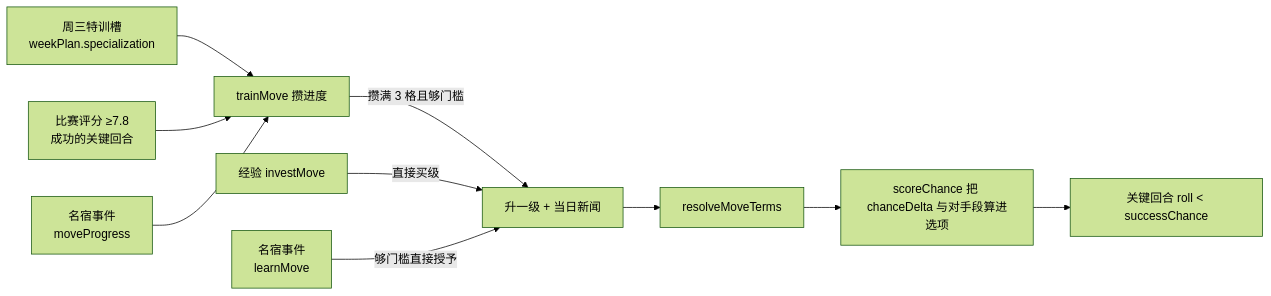
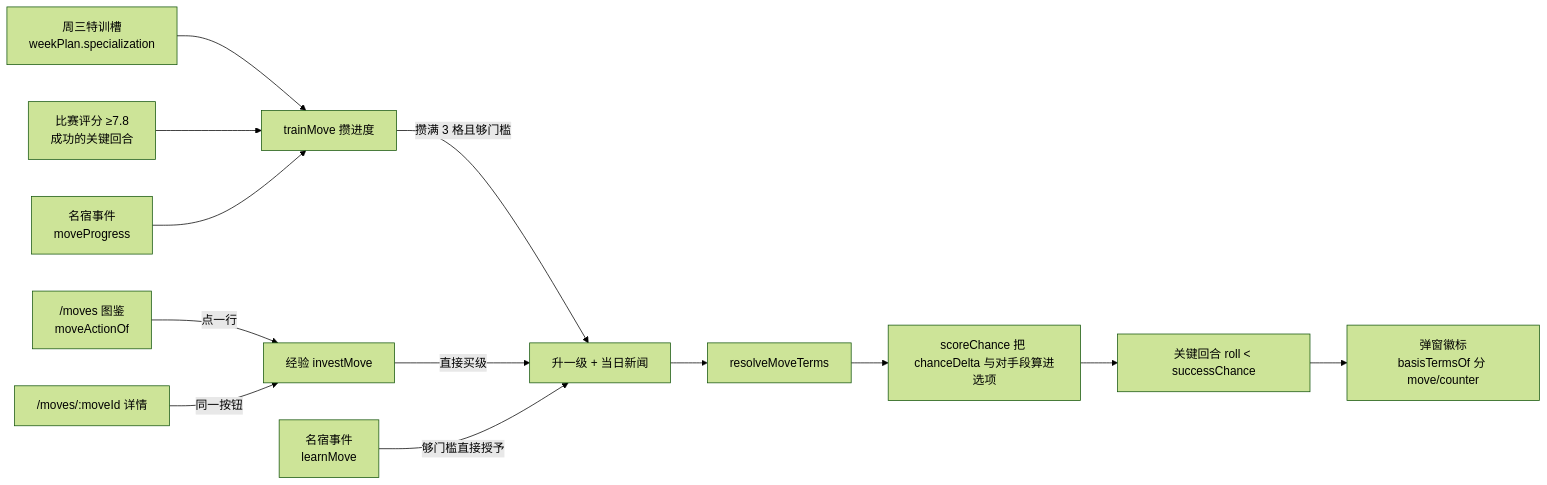
One commit to Roulandu/rpg_life_game changed the first of 2 diagrams in docs/features/player-moves.md. Above: the diagram before and after it, drawn with Mermaid (forest theme). The commit also changed other lines of this file and 3 other files, not shown here.

````diff
--- a/docs/features/player-moves.md
+++ b/docs/features/player-moves.md
@@ -55,12 +73,15 @@
 ```mermaid
 flowchart LR
   A[周三特训槽<br/>weekPlan.specialization] --> P[trainMove 攒进度]
   B[比赛评分 ≥7.8<br/>成功的关键回合] --> P
   C[名宿事件<br/>moveProgress] --> P
   P -->|攒满 3 格且够门槛| L[升一级 + 当日新闻]
   D[经验 investMove] -->|直接买级| L
   E[名宿事件<br/>learnMove] -->|够门槛直接授予| L
+  U["/moves 图鉴<br/>moveActionOf"] -->|点一行| D
+  U2["/moves/:moveId 详情"] -->|同一按钮| D
   L --> F[resolveMoveTerms]
   F --> G[scoreChance 把 chanceDelta 与对手段算进选项]
   G --> H[关键回合 roll &lt; successChance]
+  H --> I[弹窗徽标<br/>basisTermsOf 分 move/counter]
 ```
````
